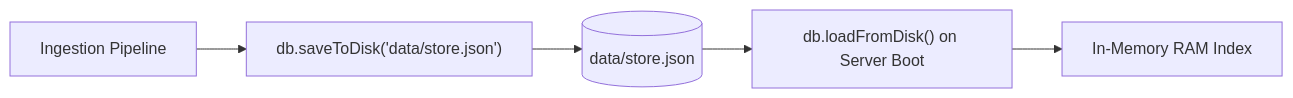
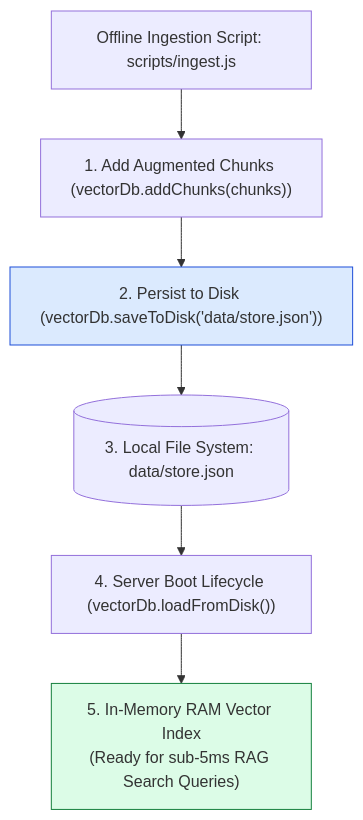
One commit to Amie-dev/engineering-playbook changed the first of 3 diagrams in agentic-ai-notes/03-vidya-rag/04-vector-db-store.md. Above: the diagram before and after it, drawn with Mermaid. The commit also changed other lines of this file and 14 other files, not shown here.

First line of the commit message:
Enhance RAG Evaluation and Ingestion Modules

````diff
--- a/agentic-ai-notes/03-vidya-rag/04-vector-db-store.md
+++ b/agentic-ai-notes/03-vidya-rag/04-vector-db-store.md
@@ -10,7 +13,15 @@
 ```mermaid
-flowchart LR
-    Ingest[Ingestion Pipeline] --> Save["db.saveToDisk('data/store.json')"]
-    Save --> Disk[(data/store.json)]
-    Disk --> Load["db.loadFromDisk() on Server Boot"]
-    Load --> RAMMemory[In-Memory RAM Index]
+flowchart TD
+    IngestScript[Offline Ingestion Script: scripts/ingest.js] --> AddPassages["1. Add Augmented Chunks (vectorDb.addChunks(chunks))"]
+
+    AddPassages --> SaveDisk["2. Persist to Disk (vectorDb.saveToDisk('data/store.json'))"]
+
+    SaveDisk --> JSONFile[("3. Local File System: data/store.json")]
+
+    JSONFile --> ServerBoot["4. Server Boot Lifecycle (vectorDb.loadFromDisk())"]
+
+    ServerBoot --> RAMIndex["5. In-Memory RAM Vector Index<br/>(Ready for sub-5ms RAG Search Queries)"]
+
+    style SaveDisk fill:#dbeafe,stroke:#1d4ed8
+    style RAMIndex fill:#dcfce7,stroke:#15803d
 ```
````
